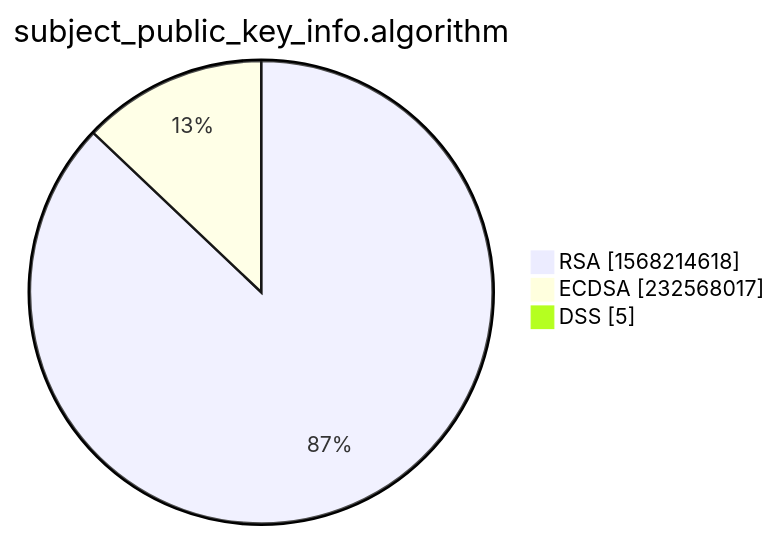
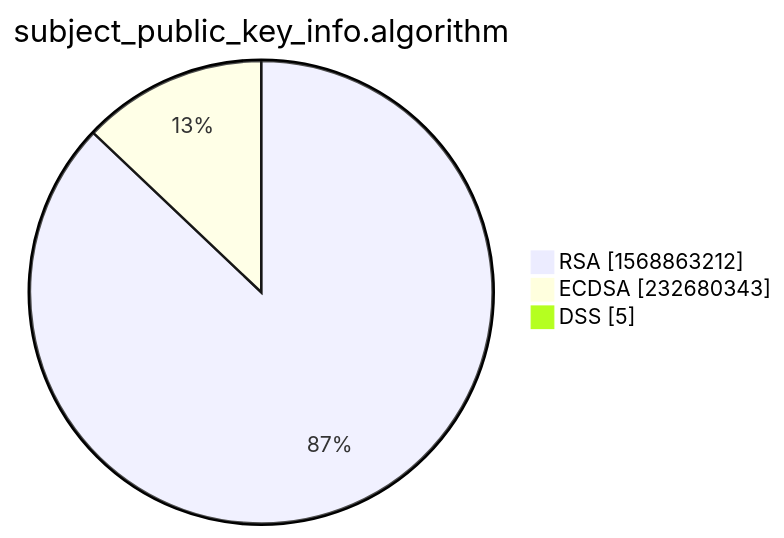
The third of 15 diagrams in xenon2022/README.md (christiankrug/ctmonitor_visualization), drawn with Mermaid before and after one commit. The commit also changed other lines of this file, not shown here.

````diff
--- a/xenon2022/README.md
+++ b/xenon2022/README.md
@@ -14,7 +14,7 @@
 ```mermaid
 pie showData
 title subject_public_key_info.algorithm
-"RSA" :1568214618
-"ECDSA" :232568017
+"RSA" :1568863212
+"ECDSA" :232680343
 "DSS" :5
 ```
````
